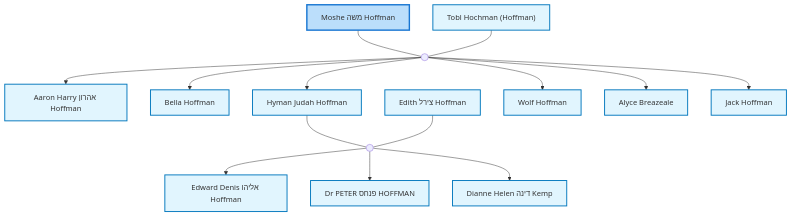
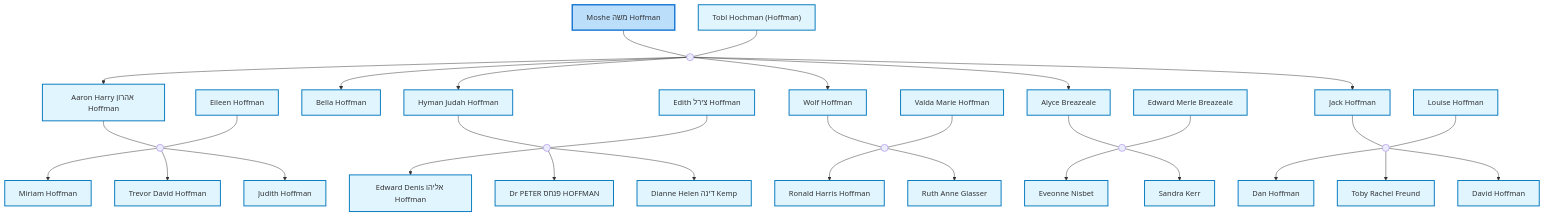
One commit to moshehoff/FamilyHistory changed the third of 3 diagrams in site/content/profiles/Moshe משה Hoffman.md. Above: the diagram before and after it, drawn with Mermaid. The commit also changed other lines of this file and 133 other files, not shown here.

Commit message:
Update Moshe Hoffman ID: I10 -> I11052340 and rename I38516664 biography

````diff
--- a/site/content/profiles/Moshe משה Hoffman.md
+++ b/site/content/profiles/Moshe משה Hoffman.md
@@ -76,55 +100,119 @@
 classDef person fill:#e1f5fe,stroke:#0277bd,stroke-width:2px;
 classDef internal-link fill:#e1f5fe,stroke:#0277bd,stroke-width:2px;
 classDef current fill:#bbdefb,stroke:#1976d2,stroke-width:3px;
-idI10["Moshe משה Hoffman"]
-class idI10 current
-click idI10 "../profiles/Moshe-%D7%9E%D7%A9%D7%94-Hoffman" "Moshe משה Hoffman"
-idI11["Tobl Hochman (Hoffman)"]
-class idI11 internal-link
-click idI11 "../profiles/Tobl-Hochman-%28Hoffman%29" "Tobl Hochman (Hoffman)"
-marriage_idF3((" "))
-idI10 --- marriage_idF3
-idI11 --- marriage_idF3
-idI12["Aaron Harry אהרון Hoffman"]
-class idI12 internal-link
-click idI12 "../profiles/Aaron-Harry-%D7%90%D7%94%D7%A8%D7%95%D7%9F-Hoffman" "Aaron Harry אהרון Hoffman"
-marriage_idF3 --> idI12
-idI13["Bella Hoffman"]
-class idI13 internal-link
-click idI13 "../profiles/Bella-Hoffman" "Bella Hoffman"
-marriage_idF3 --> idI13
-idI2["Hyman Judah Hoffman"]
-class idI2 internal-link
-click idI2 "../profiles/Hyman-Judah-Hoffman" "Hyman Judah Hoffman"
-marriage_idF3 --> idI2
-idI3["Edith צירל Hoffman"]
-class idI3 internal-link
-click idI3 "../profiles/Edith-%D7%A6%D7%99%D7%A8%D7%9C-Hoffman" "Edith צירל Hoffman"
-marriage_idF2((" "))
-idI2 --- marriage_idF2
-idI3 --- marriage_idF2
-idI7["Edward Denis אליהו Hoffman"]
-class idI7 internal-link
-click idI7 "../profiles/Edward-Denis-%D7%90%D7%9C%D7%99%D7%94%D7%95-Hoffman" "Edward Denis אליהו Hoffman"
-marriage_idF2 --> idI7
-idI1["Dr PETER פנחס HOFFMAN"]
-class idI1 internal-link
-click idI1 "../profiles/Dr-PETER-%D7%A4%D7%A0%D7%97%D7%A1-HOFFMAN" "Dr PETER פנחס HOFFMAN"
-marriage_idF2 --> idI1
-idI8["Dianne Helen דינה Kemp"]
-class idI8 internal-link
-click idI8 "../profiles/Dianne-Helen-%D7%93%D7%99%D7%A0%D7%94-Kemp" "Dianne Helen דינה Kemp"
-marriage_idF2 --> idI8
-idI14["Wolf Hoffman"]
-class idI14 internal-link
-click idI14 "../profiles/Wolf-Hoffman" "Wolf Hoffman"
-marriage_idF3 --> idI14
-idI15["Alyce Breazeale"]
-class idI15 internal-link
-click idI15 "../profiles/Alyce-Breazeale" "Alyce Breazeale"
-marriage_idF3 --> idI15
-idI16["Jack Hoffman"]
-class idI16 internal-link
-click idI16 "../profiles/Jack-Hoffman" "Jack Hoffman"
-marriage_idF3 --> idI16
+idI11052340["Moshe משה Hoffman"]
+class idI11052340 current
+click idI11052340 "../profiles/Moshe-%D7%9E%D7%A9%D7%94-Hoffman" "Moshe משה Hoffman"
+idI38735986["Tobl Hochman (Hoffman)"]
+class idI38735986 internal-link
+click idI38735986 "../profiles/Tobl-Hochman-%28Hoffman%29" "Tobl Hochman (Hoffman)"
+marriage_idF3776794((" "))
+idI11052340 --- marriage_idF3776794
+idI38735986 --- marriage_idF3776794
+idI38736184["Aaron Harry אהרון Hoffman"]
+class idI38736184 internal-link
+click idI38736184 "../profiles/Aaron-Harry-%D7%90%D7%94%D7%A8%D7%95%D7%9F-Hoffman" "Aaron Harry אהרון Hoffman"
+marriage_idF3776794 --> idI38736184
+idI39965086["Eileen Hoffman"]
+class idI39965086 internal-link
+click idI39965086 "../profiles/Eileen-Hoffman" "Eileen Hoffman"
+marriage_idF13655899((" "))
+idI38736184 --- marriage_idF13655899
+idI39965086 --- marriage_idF13655899
+idI39965206["Miriam Hoffman"]
+class idI39965206 internal-link
+click idI39965206 "../profiles/Miriam-Hoffman" "Miriam Hoffman"
+marriage_idF13655899 --> idI39965206
+idI39965122["Trevor David Hoffman"]
+class idI39965122 internal-link
+click idI39965122 "../profiles/Trevor-David-Hoffman" "Trevor David Hoffman"
+marriage_idF13655899 --> idI39965122
+idI39965270["Judith Hoffman"]
+class idI39965270 internal-link
+click idI39965270 "../profiles/Judith-Hoffman" "Judith Hoffman"
+marriage_idF13655899 --> idI39965270
+idI38736293["Bella Hoffman"]
+class idI38736293 internal-link
+click idI38736293 "../profiles/Bella-Hoffman" "Bella Hoffman"
+marriage_idF3776794 --> idI38736293
+idI11052350["Hyman Judah Hoffman"]
+class idI11052350 internal-link
+click idI11052350 "../profiles/Hyman-Judah-Hoffman" "Hyman Judah Hoffman"
+marriage_idF3776794 --> idI11052350
+idI38516664["Edith צירל Hoffman"]
+class idI38516664 internal-link
+click idI38516664 "../profiles/Edith-%D7%A6%D7%99%D7%A8%D7%9C-Hoffman" "Edith צירל Hoffman"
+marriage_idF13161432((" "))
+idI11052350 --- marriage_idF13161432
+idI38516664 --- marriage_idF13161432
+idI38516763["Edward Denis אליהו Hoffman"]
+class idI38516763 internal-link
+click idI38516763 "../profiles/Edward-Denis-%D7%90%D7%9C%D7%99%D7%94%D7%95-Hoffman" "Edward Denis אליהו Hoffman"
+marriage_idF13161432 --> idI38516763
+idI11052359["Dr PETER פנחס HOFFMAN"]
+class idI11052359 internal-link
+click idI11052359 "../profiles/Dr-PETER-%D7%A4%D7%A0%D7%97%D7%A1-HOFFMAN" "Dr PETER פנחס HOFFMAN"
+marriage_idF13161432 --> idI11052359
+idI38516790["Dianne Helen דינה Kemp"]
+class idI38516790 internal-link
+click idI38516790 "../profiles/Dianne-Helen-%D7%93%D7%99%D7%A0%D7%94-Kemp" "Dianne Helen דינה Kemp"
+marriage_idF13161432 --> idI38516790
+idI7293825["Wolf Hoffman"]
+class idI7293825 internal-link
+click idI7293825 "../profiles/Wolf-Hoffman" "Wolf Hoffman"
+marriage_idF3776794 --> idI7293825
+idI7293708["Valda Marie Hoffman"]
+class idI7293708 internal-link
+click idI7293708 "../profiles/Valda-Marie-Hoffman" "Valda Marie Hoffman"
+marriage_idF69008((" "))
+idI7293825 --- marriage_idF69008
+idI7293708 --- marriage_idF69008
+idI7293850["Ronald Harris Hoffman"]
+class idI7293850 internal-link
+click idI7293850 "../profiles/Ronald-Harris-Hoffman" "Ronald Harris Hoffman"
+marriage_idF69008 --> idI7293850
+idI7293714["Ruth Anne Glasser"]
+class idI7293714 internal-link
+click idI7293714 "../profiles/Ruth-Anne-Glasser" "Ruth Anne Glasser"
+marriage_idF69008 --> idI7293714
+idI61277011["Alyce Breazeale"]
+class idI61277011 internal-link
+click idI61277011 "../profiles/Alyce-Breazeale" "Alyce Breazeale"
+marriage_idF3776794 --> idI61277011
+idI61276980["Edward Merle Breazeale"]
+class idI61276980 internal-link
+click idI61276980 "../profiles/Edward-Merle-Breazeale" "Edward Merle Breazeale"
+marriage_idF20778736((" "))
+idI61277011 --- marriage_idF20778736
+idI61276980 --- marriage_idF20778736
+idI45569141["Eveonne Nisbet"]
+class idI45569141 internal-link
+click idI45569141 "../profiles/Eveonne-Nisbet" "Eveonne Nisbet"
+marriage_idF20778736 --> idI45569141
+idI39964744["Sandra Kerr"]
+class idI39964744 internal-link
+click idI39964744 "../profiles/Sandra-Kerr" "Sandra Kerr"
+marriage_idF20778736 --> idI39964744
+idI38736559["Jack Hoffman"]
+class idI38736559 internal-link
+click idI38736559 "../profiles/Jack-Hoffman" "Jack Hoffman"
+marriage_idF3776794 --> idI38736559
+idI38739935["Louise Hoffman"]
+class idI38739935 internal-link
+click idI38739935 "../profiles/Louise-Hoffman" "Louise Hoffman"
+marriage_idF13236990((" "))
+idI38736559 --- marriage_idF13236990
+idI38739935 --- marriage_idF13236990
+idI38739984["Dan Hoffman"]
+class idI38739984 internal-link
+click idI38739984 "../profiles/Dan-Hoffman" "Dan Hoffman"
+marriage_idF13236990 --> idI38739984
+idI38740076["Toby Rachel Freund"]
+class idI38740076 internal-link
+click idI38740076 "../profiles/Toby-Rachel-Freund" "Toby Rachel Freund"
+marriage_idF13236990 --> idI38740076
+idI34633857222["David Hoffman"]
+class idI34633857222 internal-link
+click idI34633857222 "../profiles/David-Hoffman" "David Hoffman"
+marriage_idF13236990 --> idI34633857222
 ```
````
